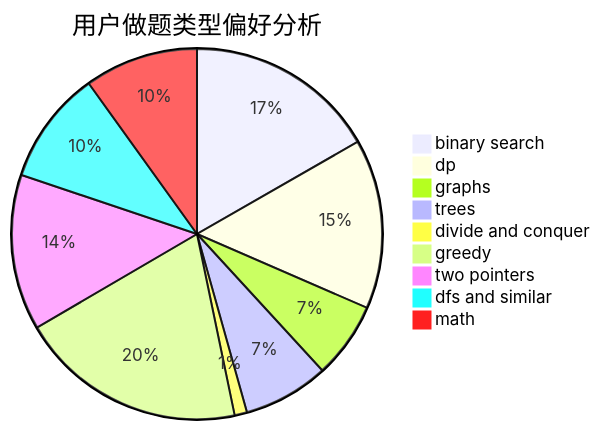
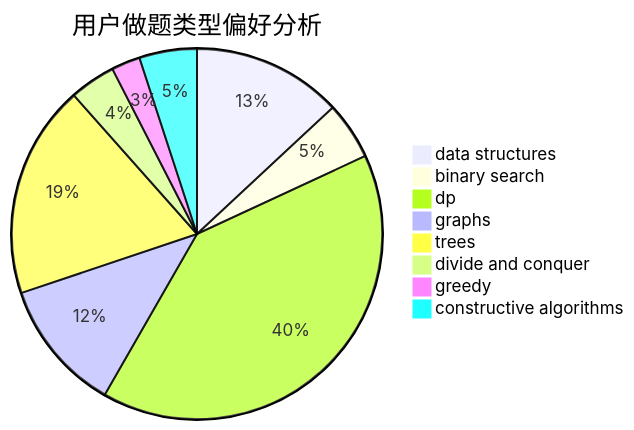
The second of 3 diagrams in docs/user/u2704.md (sherpahu/cfrs.github.io), drawn with Mermaid before and after one commit. The commit also changed other lines of this file and 2775 other files, not shown here.

````diff
--- a/docs/user/u2704.md
+++ b/docs/user/u2704.md
@@ -23,12 +23,11 @@
 ```mermaid
 pie title 用户做题类型偏好分析
-    "binary search" :  123
-    "dp" :  109
-    "graphs" :  49
-    "trees" :  55
+    "data structures" :  26
+    "binary search" :  10
+    "dp" :  80
+    "graphs" :  23
+    "trees" :  37
     "divide and conquer" :  8
-    "greedy" :  146
-    "two pointers" :  100
-    "dfs and similar" :  73
-    "math" :  73
+    "greedy" :  5
+    "constructive algorithms" :  10
 ```
````
